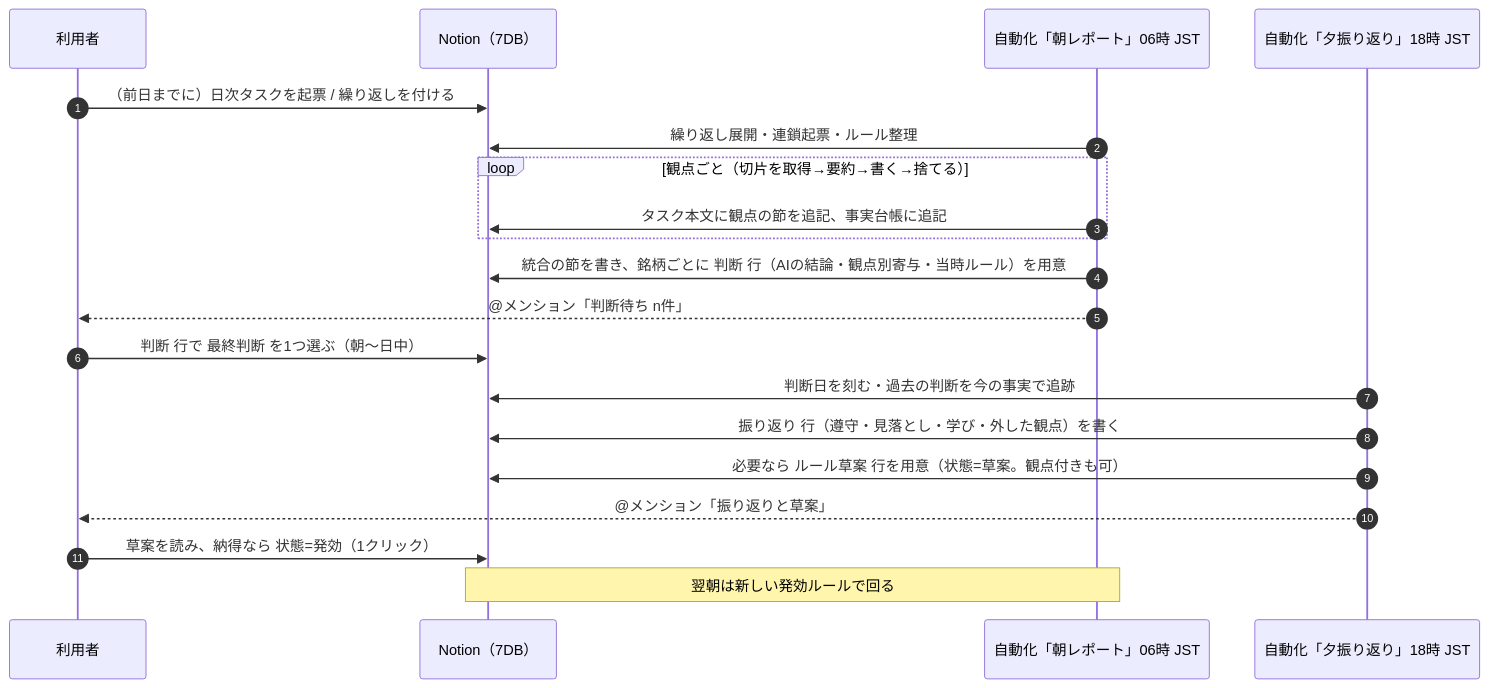
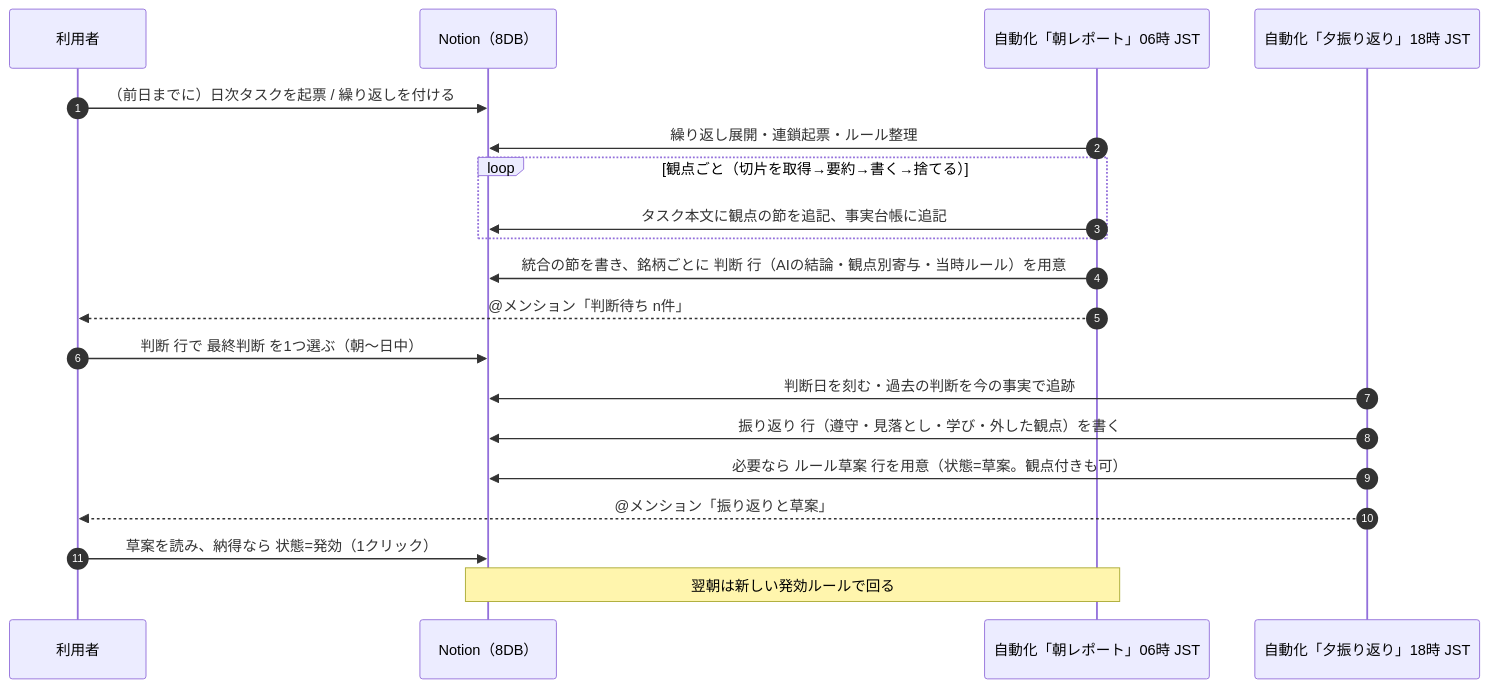
One commit to satoki252595/kabulab changed the first of 3 diagrams in docs/ai-advisor/plan-and-design.md. Above: the diagram before and after it, drawn with Mermaid. The commit also changed other lines of this file, not shown here.

````diff
--- a/docs/ai-advisor/plan-and-design.md
+++ b/docs/ai-advisor/plan-and-design.md
@@ -79,22 +79,22 @@
 ```mermaid
 sequenceDiagram
   autonumber
   participant H as 利用者
-  participant N as Notion（7DB）
+  participant N as Notion（8DB）
   participant M as 自動化「朝レポート」06時 JST
   participant E as 自動化「夕振り返り」18時 JST
   H->>N: （前日までに）日次タスクを起票 / 繰り返しを付ける
   M->>N: 繰り返し展開・連鎖起票・ルール整理
   loop 観点ごと（切片を取得→要約→書く→捨てる）
     M->>N: タスク本文に観点の節を追記、事実台帳に追記
   end
   M->>N: 統合の節を書き、銘柄ごとに 判断 行（AIの結論・観点別寄与・当時ルール）を用意
   M-->>H: @メンション「判断待ち n件」
   H->>N: 判断 行で 最終判断 を1つ選ぶ（朝〜日中）
   E->>N: 判断日を刻む・過去の判断を今の事実で追跡
   E->>N: 振り返り 行（遵守・見落とし・学び・外した観点）を書く
   E->>N: 必要なら ルール草案 行を用意（状態=草案。観点付きも可）
   E-->>H: @メンション「振り返りと草案」
   H->>N: 草案を読み、納得なら 状態=発効（1クリック）
   Note over M,N: 翌朝は新しい発効ルールで回る
 ```
````
